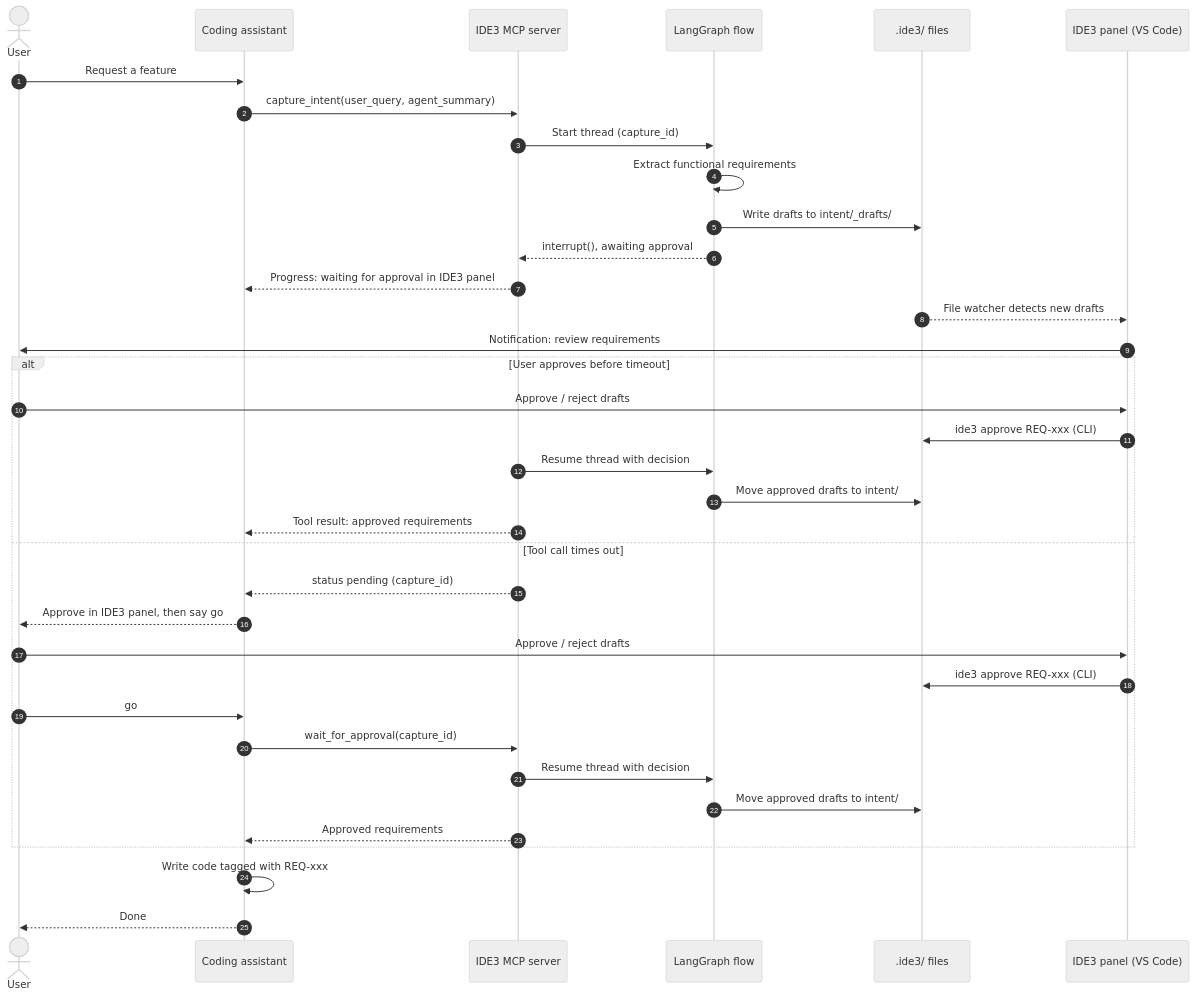
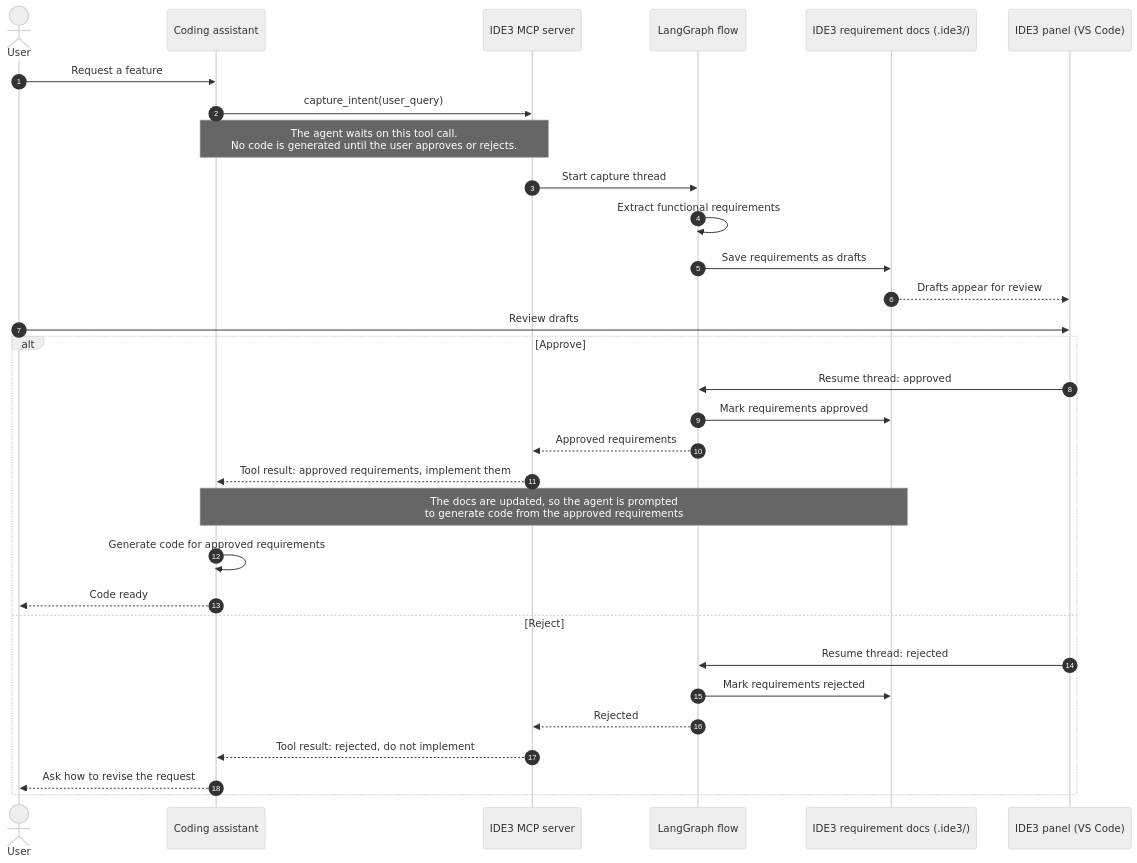
The diagram in src/v1-proposal.md (RishabShine/IDE3.0), drawn with Mermaid (neutral theme) before and after one commit.

Commit message:
updated v1-proposal

````diff
--- a/src/v1-proposal.md
+++ b/src/v1-proposal.md
@@ -1,41 +1,35 @@
 ```mermaid
 sequenceDiagram
     autonumber
     actor User
     participant Agent as Coding assistant
     participant MCP as IDE3 MCP server
     participant Graph as LangGraph flow
-    participant Store as .ide3/ files
+    participant Docs as IDE3 requirement docs (.ide3/)
     participant Panel as IDE3 panel (VS Code)
 
     User->>Agent: Request a feature
-    Agent->>MCP: capture_intent(user_query, agent_summary)
-    MCP->>Graph: Start thread (capture_id)
+    Agent->>MCP: capture_intent(user_query)
+    Note over Agent,MCP: The agent waits on this tool call.<br/>No code is generated until the user approves or rejects.
+    MCP->>Graph: Start capture thread
     Graph->>Graph: Extract functional requirements
-    Graph->>Store: Write drafts to intent/_drafts/
-    Graph-->>MCP: interrupt(), awaiting approval
-    MCP-->>Agent: Progress: waiting for approval in IDE3 panel
-    Store-->>Panel: File watcher detects new drafts
-    Panel->>User: Notification: review requirements
+    Graph->>Docs: Save requirements as drafts
+    Docs-->>Panel: Drafts appear for review
+    User->>Panel: Review drafts
 
-    alt User approves before timeout
-        User->>Panel: Approve / reject drafts
-        Panel->>Store: ide3 approve REQ-xxx (CLI)
-        MCP->>Graph: Resume thread with decision
-        Graph->>Store: Move approved drafts to intent/
-        MCP-->>Agent: Tool result: approved requirements
-    else Tool call times out
-        MCP-->>Agent: status pending (capture_id)
-        Agent-->>User: Approve in IDE3 panel, then say go
-        User->>Panel: Approve / reject drafts
-        Panel->>Store: ide3 approve REQ-xxx (CLI)
-        User->>Agent: go
-        Agent->>MCP: wait_for_approval(capture_id)
-        MCP->>Graph: Resume thread with decision
-        Graph->>Store: Move approved drafts to intent/
-        MCP-->>Agent: Approved requirements
+    alt Approve
+        Panel->>Graph: Resume thread: approved
+        Graph->>Docs: Mark requirements approved
+        Graph-->>MCP: Approved requirements
+        MCP-->>Agent: Tool result: approved requirements, implement them
+        Note over Agent,Docs: The docs are updated, so the agent is prompted<br/>to generate code from the approved requirements
+        Agent->>Agent: Generate code for approved requirements
+        Agent-->>User: Code ready
+    else Reject
+        Panel->>Graph: Resume thread: rejected
+        Graph->>Docs: Mark requirements rejected
+        Graph-->>MCP: Rejected
+        MCP-->>Agent: Tool result: rejected, do not implement
+        Agent-->>User: Ask how to revise the request
     end
-
-    Agent->>Agent: Write code tagged with REQ-xxx
-    Agent-->>User: Done
 ```
````
